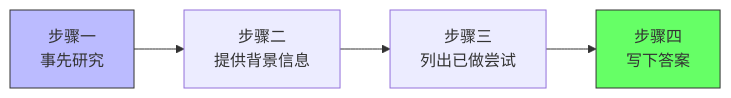
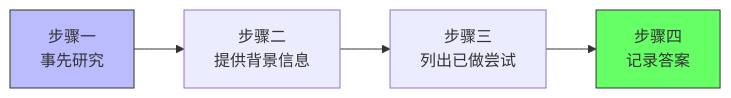
Before and after one commit to chongyang211/YCBookBlog: the seventh of 10 diagrams in 10.自我进阶提升书/06.语言沟通的演进/6.6学会高效地提问.md, drawn with Mermaid. The commit also changed other lines of this file and 8 other files, not shown here.

````diff
--- a/10.自我进阶提升书/06.语言沟通的演进/6.6学会高效地提问.md
+++ b/10.自我进阶提升书/06.语言沟通的演进/6.6学会高效地提问.md
@@ -140,8 +211,8 @@
 ```mermaid
 flowchart LR
     A[步骤一<br>事先研究] --> B[步骤二<br>提供背景信息]
     B --> C[步骤三<br>列出已做尝试]
-    C --> D[步骤四<br>写下答案]
+    C --> D[步骤四<br>记录答案]
     style A fill:#bbf,stroke:#333
     style D fill:#6f6,stroke:#333
 ```
````
